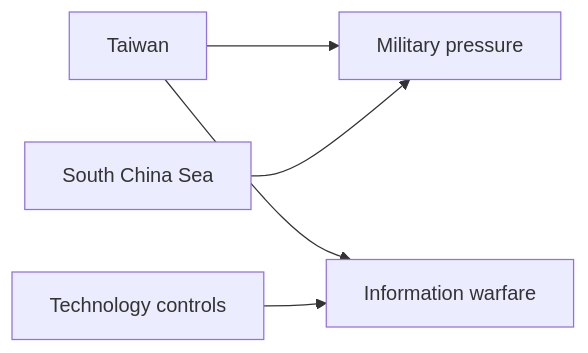
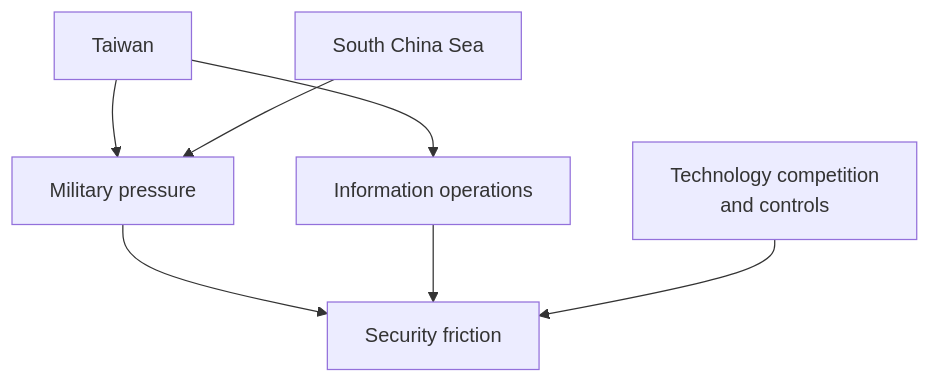
The fourth of 4 diagrams in articles/report/china-geopolitical-profile/en/index.mdx (daylight55/research), drawn with Mermaid before and after one commit. The commit also changed other lines of this file and 181 other files, not shown here.

First line of the commit message:
全記事の図解368点を再生成し、共通注意書きを削除 (#402)

````diff
--- a/articles/report/china-geopolitical-profile/en/index.mdx
+++ b/articles/report/china-geopolitical-profile/en/index.mdx
@@ -113,7 +131,17 @@
 ```mermaid
-flowchart LR
-  A["Taiwan"] --> B["Military pressure"]
-  A --> C["Information warfare"]
-  D["South China Sea"] --> B
-  E["Technology controls"] --> C
+flowchart TD
+  accTitle: Pressure around Taiwan, the South China Sea and technology
+  accDescr: Separate military, information and technology channels rather than treating them as one kind of pressure.
+  N0["Taiwan"]
+  N1["Military pressure"]
+  N2["Information operations"]
+  N3["South China Sea"]
+  N4["Technology competition<br/>and controls"]
+  N5["Security friction"]
+  N0 --> N1
+  N0 --> N2
+  N3 --> N1
+  N1 --> N5
+  N2 --> N5
+  N4 --> N5
 ```
````
